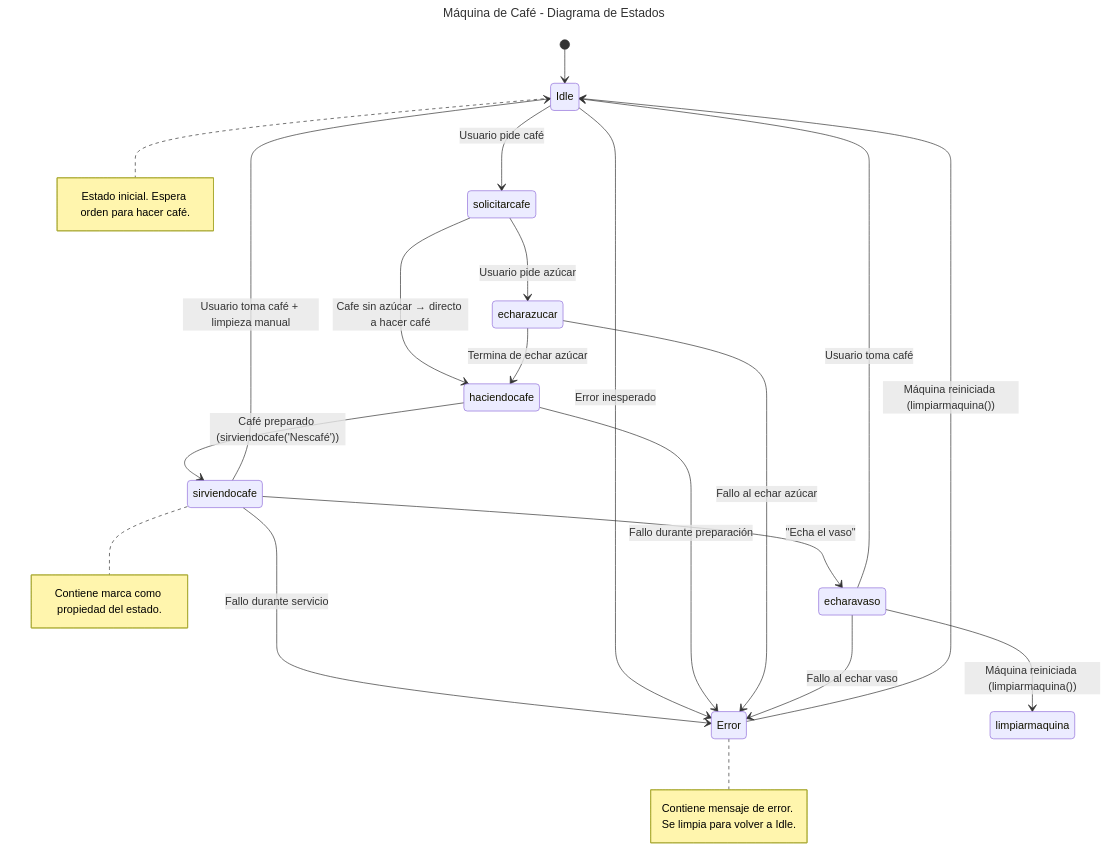
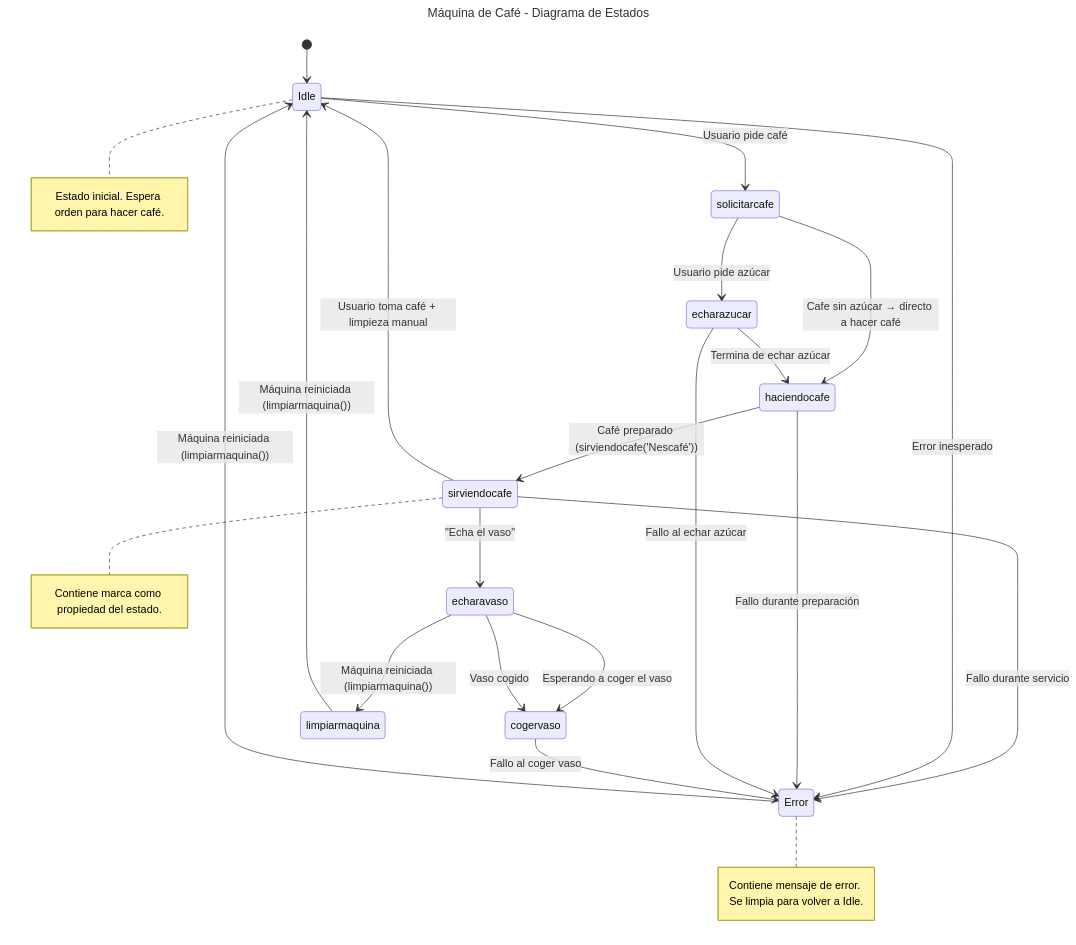
Before and after one commit to shermidagre/PMDM: the diagram in 1trabajo/src/diagrama.mmd, drawn with Mermaid.

Commit message:
actu diagrama.mmd

```diff
--- a/1trabajo/src/diagrama.mmd
+++ b/1trabajo/src/diagrama.mmd
@@ -1,23 +1,25 @@
 ---
 title: Máquina de Café - Diagrama de Estados
 ---
 stateDiagram-v2
 [*] --> Idle
 Idle --> solicitarcafe: Usuario pide café
 solicitarcafe --> echarazucar: Usuario pide azúcar
 solicitarcafe --> haciendocafe: Cafe sin azúcar → directo a hacer café
 echarazucar --> haciendocafe: Termina de echar azúcar
 haciendocafe --> sirviendocafe: Café preparado (sirviendocafe('Nescafé'))
 sirviendocafe --> Idle: Usuario toma café + limpieza manual
 sirviendocafe --> Error: Fallo durante servicio
 Idle --> Error: Error inesperado
 haciendocafe --> Error: Fallo durante preparación
 echarazucar --> Error: Fallo al echar azúcar
 sirviendocafe --> echaravaso: "Echa el vaso"
-echaravaso --> Idle: Usuario toma café
+echaravaso --> cogervaso: Esperando a coger el vaso
+cogervaso --> Error: Fallo al coger vaso
+echaravaso --> cogervaso: Vaso cogido
 echaravaso --> limpiarmaquina: Máquina reiniciada (limpiarmaquina())
-echaravaso --> Error: Fallo al echar vaso
+limpiarmaquina --> Idle: Máquina reiniciada (limpiarmaquina())
 Error --> Idle: Máquina reiniciada (limpiarmaquina())
 note right of Idle: Estado inicial. Espera orden para hacer café.
 note right of sirviendocafe: Contiene marca como propiedad del estado.
 note right of Error: Contiene mensaje de error. Se limpia para volver a Idle.
```
